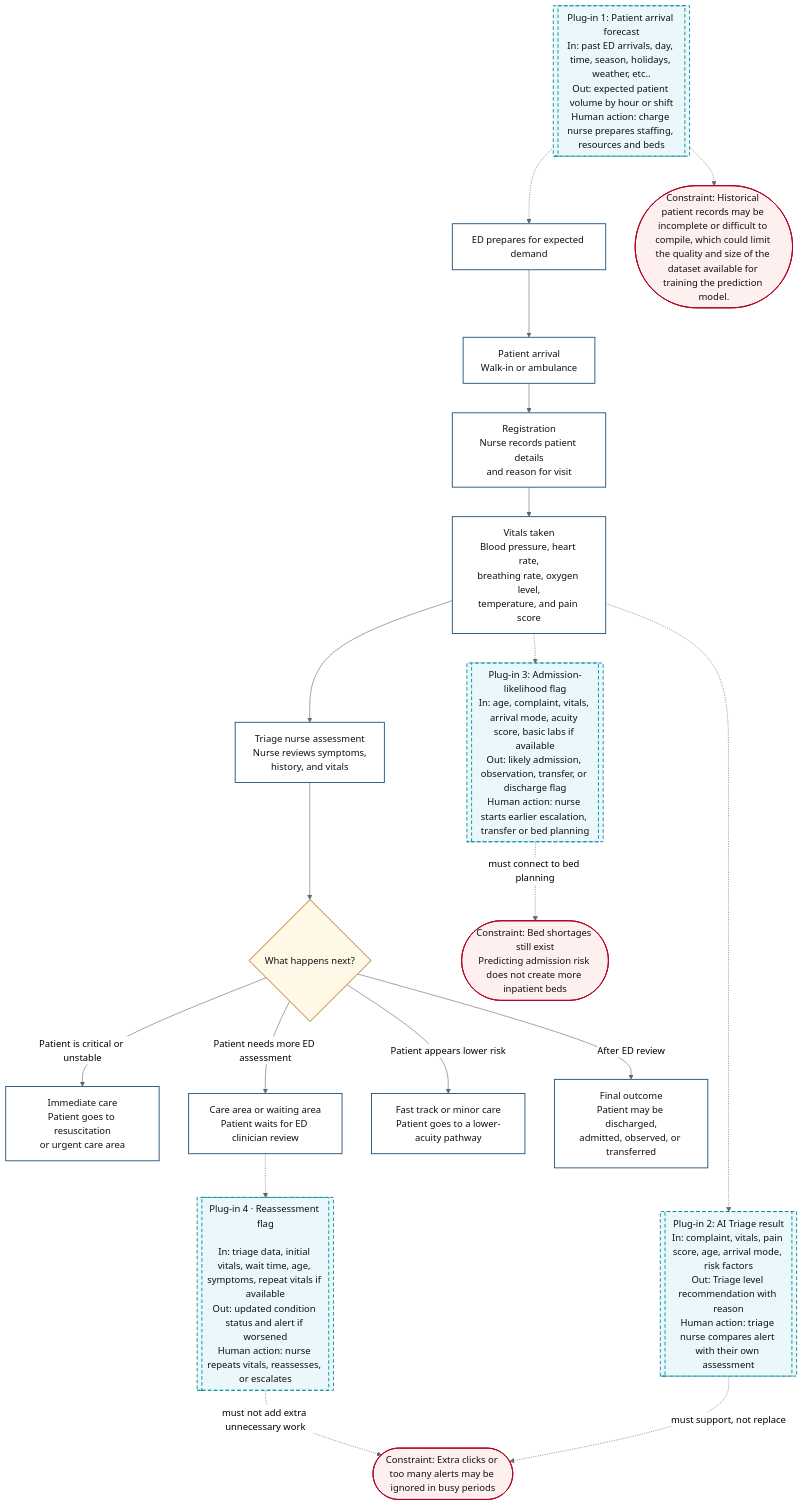
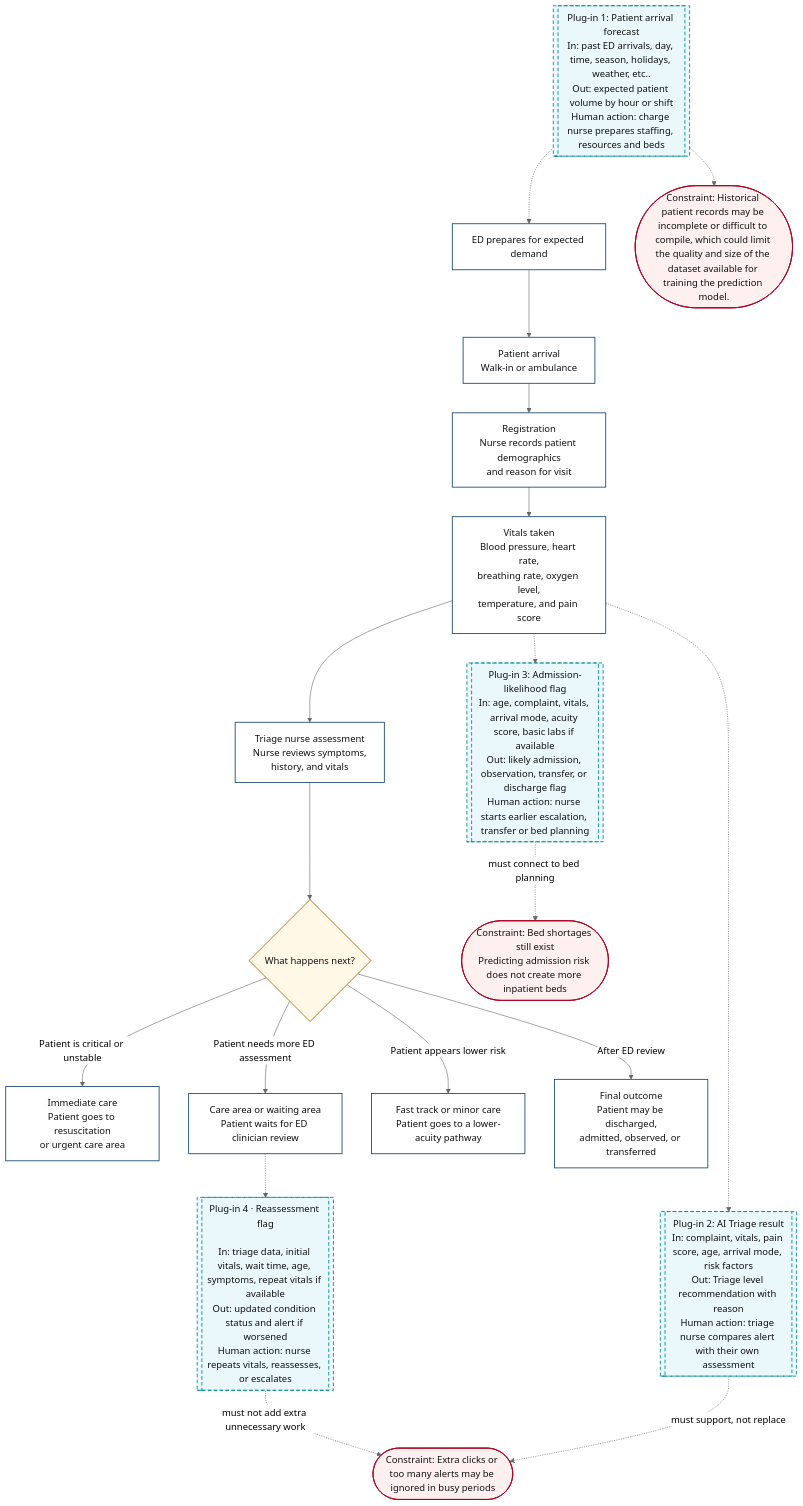
The diagram in docs/week_3_workflow.md (tinadams/carisurg-portfolio), drawn with Mermaid (neutral theme) before and after one commit.

Commit message:
Update patient registration details in workflow

````diff
--- a/docs/week_3_workflow.md
+++ b/docs/week_3_workflow.md
@@ -1,56 +1,56 @@
 ```mermaid
 flowchart TD
 
-A[Patient arrival<br/>Walk-in or ambulance] --> B[Registration<br/>Nurse records patient details<br/>and reason for visit]
+A[Patient arrival<br/>Walk-in or ambulance] --> B[Registration<br/>Nurse records patient demographics<br/>and reason for visit]
 
 B --> C[Vitals taken<br/>Blood pressure, heart rate,<br/>breathing rate, oxygen level,<br/>temperature, and pain score]
 
 C --> D[Triage nurse assessment<br/>Nurse reviews symptoms,<br/>history, and vitals]
 
 D --> E{What happens next?}
 
 E -->|Patient is critical or unstable| F[Immediate care<br/>Patient goes to resuscitation<br/>or urgent care area]
 
 E -->|Patient needs more ED assessment| G[Care area or waiting area<br/>Patient waits for ED clinician review]
 
 E -->|Patient appears lower risk| H[Fast track or minor care<br/>Patient goes to a lower-acuity pathway]
 
 E -->|After ED review| I[Final outcome<br/>Patient may be discharged,<br/>admitted, observed, or transferred]
 
 AI1[[Plug-in 1: Patient arrival forecast<br/>In: past ED arrivals, day, time, season, holidays, weather, etc..<br/>Out: expected patient volume by hour or shift<br/>Human action: charge nurse prepares staffing, resources and beds]]
 
 AI2[[Plug-in 2: AI Triage result<br/>In: complaint, vitals, pain score, age, arrival mode, risk factors<br/>Out: Triage level recommendation with reason<br/>Human action: triage nurse compares alert with their own assessment]]
 
 AI3[[Plug-in 3: Admission-likelihood flag<br/>In: age, complaint, vitals, arrival mode, acuity score, basic labs if available<br/>Out: likely admission, observation, transfer, or discharge flag<br/>Human action: nurse starts earlier escalation, transfer or bed planning]]
 
 AI4[[Plug-in 4 · Reassessment flag<br/><br/>In: triage data, initial vitals, wait time, age, symptoms, repeat vitals if available<br/>Out: updated condition status and alert if worsened<br/>Human action: nurse repeats vitals, reassesses, or escalates]]
 
 PRE[ED prepares for expected demand]
 
 AI1 -.-> PRE
 PRE --> A
 C -.-> AI3
 C -.-> AI2
 G -.-> AI4
 
 C1([Constraint: Historical patient records may be incomplete or difficult to compile, which could limit the quality and size of the dataset available for training the prediction model.])
 
 C2([Constraint: Extra clicks or too many alerts may be ignored in busy periods])
 
 C3([Constraint: Bed shortages still exist<br/>Predicting admission risk does not create more inpatient beds])
 
 AI1 -.-> C1
 AI2 -. must support, not replace .-> C2
 AI3 -. must connect to bed planning .-> C3
-AI4 -. must not add extra unnecessary work.-> C2
+AI4 -. must not add extra unnecessary work .-> C2
 
 classDef process fill:#ffffff,stroke:#1f4e79,stroke-width:1.5px,color:#111;
 classDef decision fill:#fff8e6,stroke:#b36b00,stroke-width:1.5px,color:#111;
 classDef ai fill:#eaf7fb,stroke:#008c99,stroke-width:1.5px,stroke-dasharray: 6 4,color:#111;
 classDef constraint fill:#fff0f0,stroke:#b00020,stroke-width:1.5px,color:#111;
 
 class A,B,C,D,F,G,H,I,PRE process;
 class E decision;
 class AI1,AI2,AI3,AI4 ai;
 class C1,C2,C3 constraint;
 ```
````
